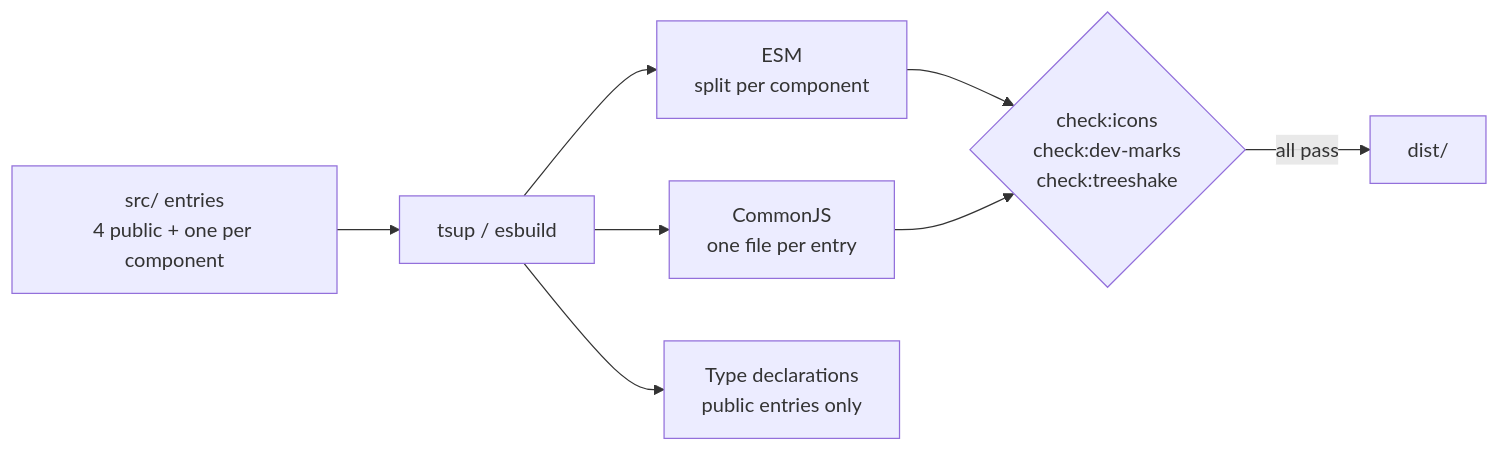
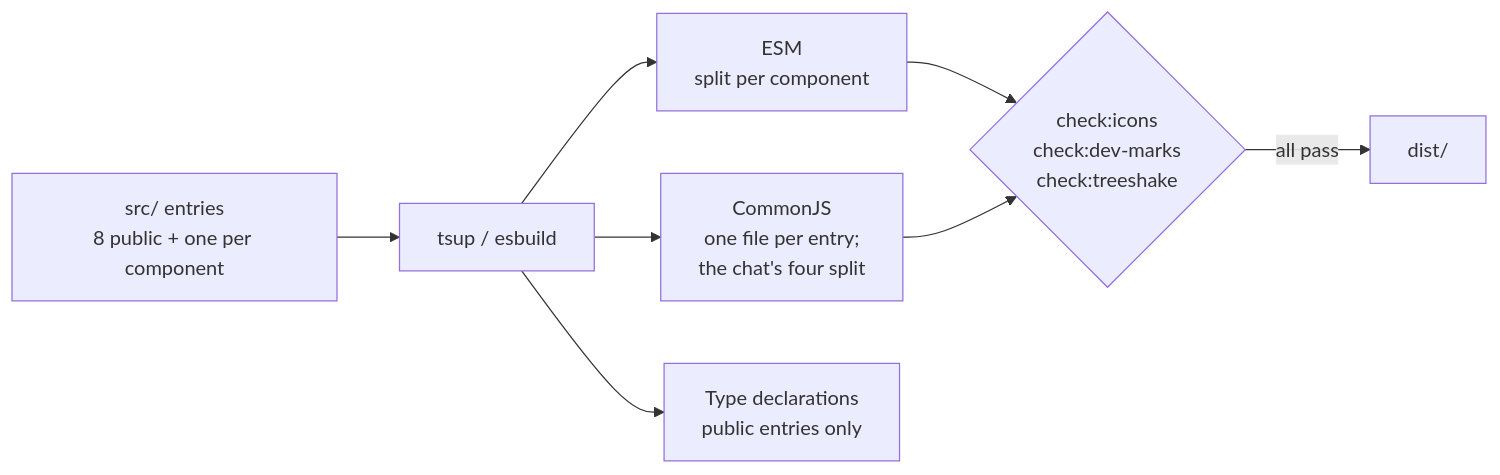
The sixth of 13 diagrams in ARCHITECTURE.md (neofloai/atoms), drawn with Mermaid before and after one commit. The commit also changed other lines of this file and 8 other files, not shown here.

````diff
--- a/ARCHITECTURE.md
+++ b/ARCHITECTURE.md
@@ -272,10 +278,10 @@
 ```mermaid
 flowchart LR
-  entries["src/ entries<br/>4 public + one per component"] --> tsup["tsup / esbuild"]
+  entries["src/ entries<br/>8 public + one per component"] --> tsup["tsup / esbuild"]
   tsup --> esm["ESM<br/>split per component"]
-  tsup --> cjs["CommonJS<br/>one file per entry"]
+  tsup --> cjs["CommonJS<br/>one file per entry;<br/>the chat's four split"]
   tsup --> dts["Type declarations<br/>public entries only"]
   esm --> checks{"check:icons<br/>check:dev-marks<br/>check:treeshake"}
   cjs --> checks
   checks -->|all pass| dist["dist/"]
 ```
````
